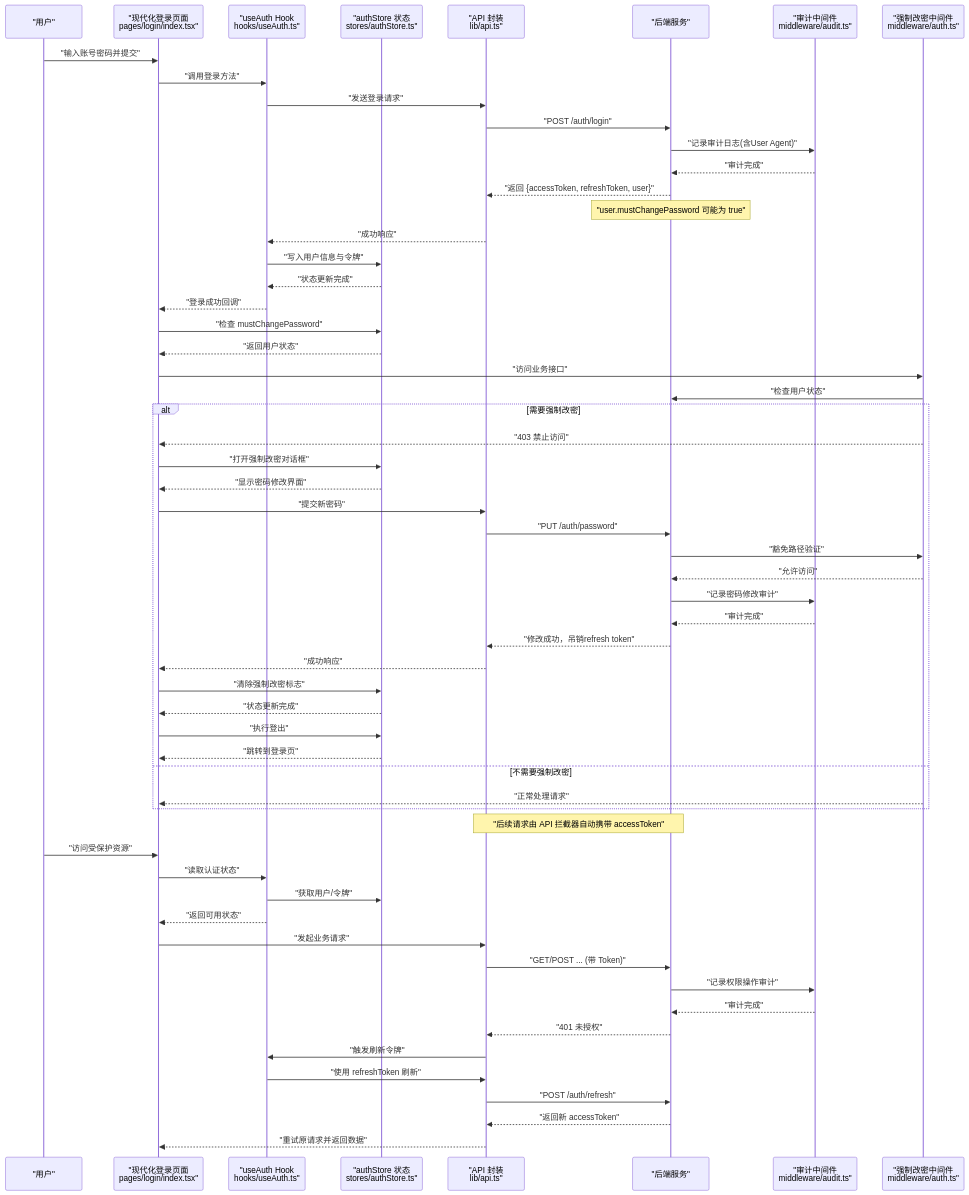
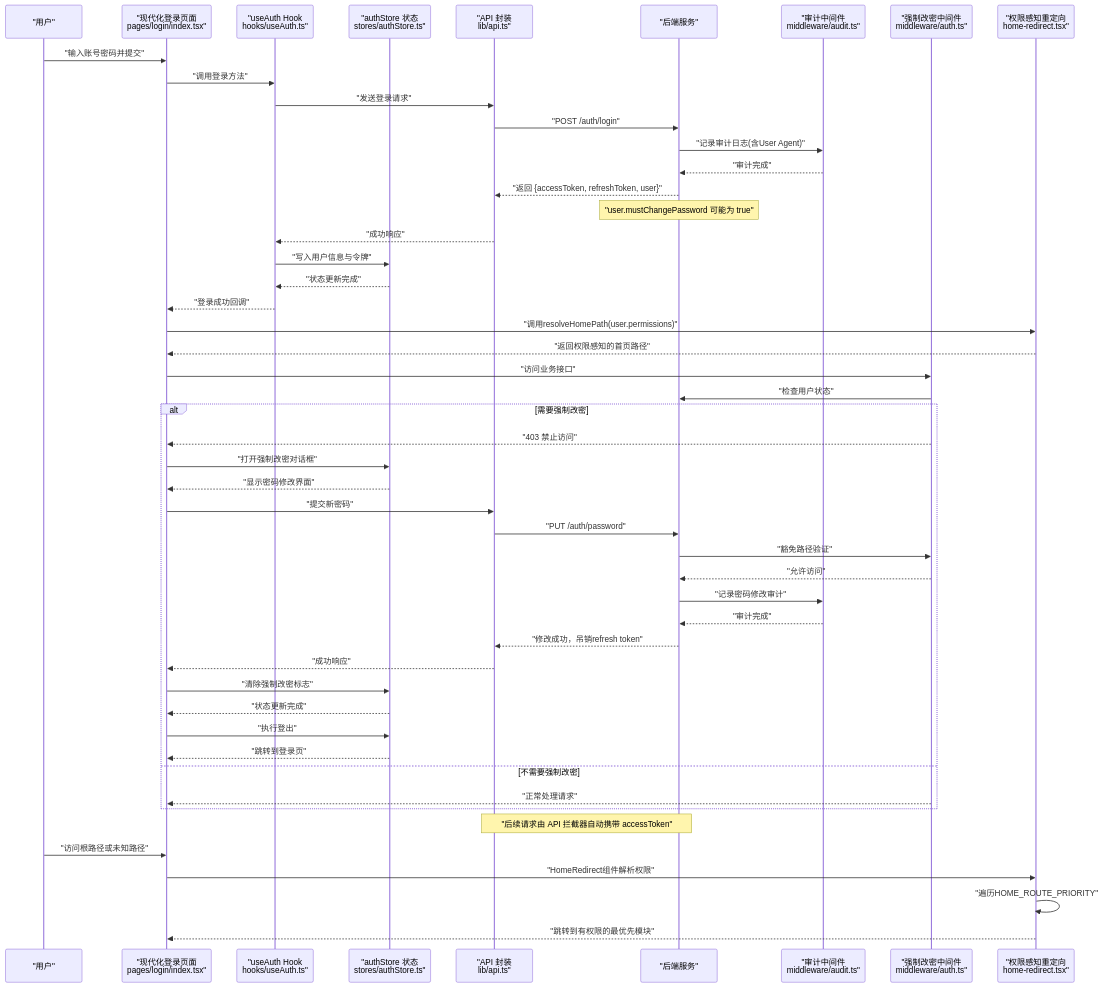
The second of 12 diagrams in .qoder/repowiki/zh/content/核心模块/用户认证系统.md (Damao997/newproject), drawn with Mermaid before and after one commit. The commit also changed other lines of this file and 57 other files, not shown here.

````diff
--- a/.qoder/repowiki/zh/content/核心模块/用户认证系统.md
+++ b/.qoder/repowiki/zh/content/核心模块/用户认证系统.md
@@ -181,61 +186,52 @@
 ```mermaid
 sequenceDiagram
 participant U as "用户"
 participant UI as "现代化登录页面<br/>pages/login/index.tsx"
 participant H as "useAuth Hook<br/>hooks/useAuth.ts"
 participant S as "authStore 状态<br/>stores/authStore.ts"
 participant A as "API 封装<br/>lib/api.ts"
 participant B as "后端服务"
 participant AD as "审计中间件<br/>middleware/audit.ts"
 participant AM as "强制改密中间件<br/>middleware/auth.ts"
+participant HR as "权限感知重定向<br/>home-redirect.tsx"
 U->>UI : "输入账号密码并提交"
 UI->>H : "调用登录方法"
 H->>A : "发送登录请求"
 A->>B : "POST /auth/login"
 B->>AD : "记录审计日志(含User Agent)"
 AD-->>B : "审计完成"
 B-->>A : "返回 {accessToken, refreshToken, user}"
 Note over B : "user.mustChangePassword 可能为 true"
 A-->>H : "成功响应"
 H->>S : "写入用户信息与令牌"
 S-->>H : "状态更新完成"
 H-->>UI : "登录成功回调"
-UI->>S : "检查 mustChangePassword"
-S-->>UI : "返回用户状态"
+UI->>HR : "调用resolveHomePath(user.permissions)"
+HR-->>UI : "返回权限感知的首页路径"
 UI->>AM : "访问业务接口"
 AM->>B : "检查用户状态"
 alt 需要强制改密
 AM-->>UI : "403 禁止访问"
 UI->>S : "打开强制改密对话框"
 S-->>UI : "显示密码修改界面"
 UI->>A : "提交新密码"
 A->>B : "PUT /auth/password"
 B->>AM : "豁免路径验证"
 AM-->>B : "允许访问"
 B->>AD : "记录密码修改审计"
 AD-->>B : "审计完成"
 B-->>A : "修改成功，吊销refresh token"
 A-->>UI : "成功响应"
 UI->>S : "清除强制改密标志"
 S-->>UI : "状态更新完成"
 UI->>S : "执行登出"
 S-->>UI : "跳转到登录页"
 else 不需要强制改密
 AM-->>UI : "正常处理请求"
 end
 Note over A,B : "后续请求由 API 拦截器自动携带 accessToken"
-U->>UI : "访问受保护资源"
-UI->>H : "读取认证状态"
-H->>S : "获取用户/令牌"
-H-->>UI : "返回可用状态"
-UI->>A : "发起业务请求"
-A->>B : "GET/POST ... (带 Token)"
-B->>AD : "记录权限操作审计"
-AD-->>B : "审计完成"
-B-->>A : "401 未授权"
-A->>H : "触发刷新令牌"
-H->>A : "使用 refreshToken 刷新"
-A->>B : "POST /auth/refresh"
-B-->>A : "返回新 accessToken"
-A-->>UI : "重试原请求并返回数据"
+U->>UI : "访问根路径或未知路径"
+UI->>HR : "HomeRedirect组件解析权限"
+HR->>HR : "遍历HOME_ROUTE_PRIORITY"
+HR-->>UI : "跳转到有权限的最优先模块"
 ```
````
